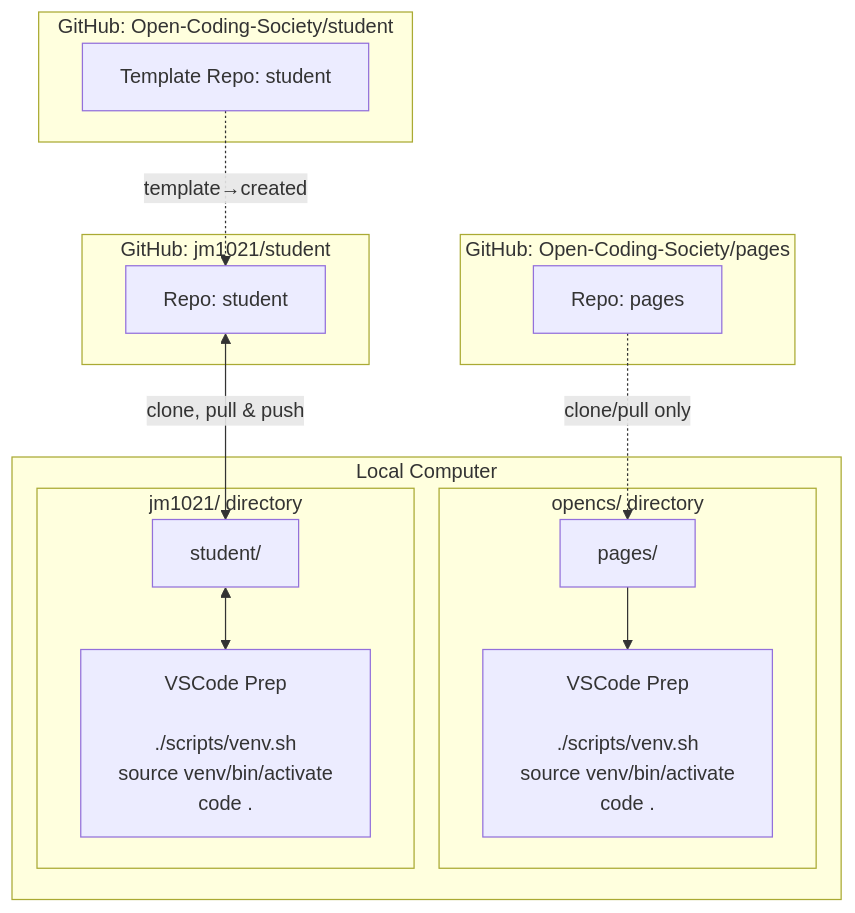
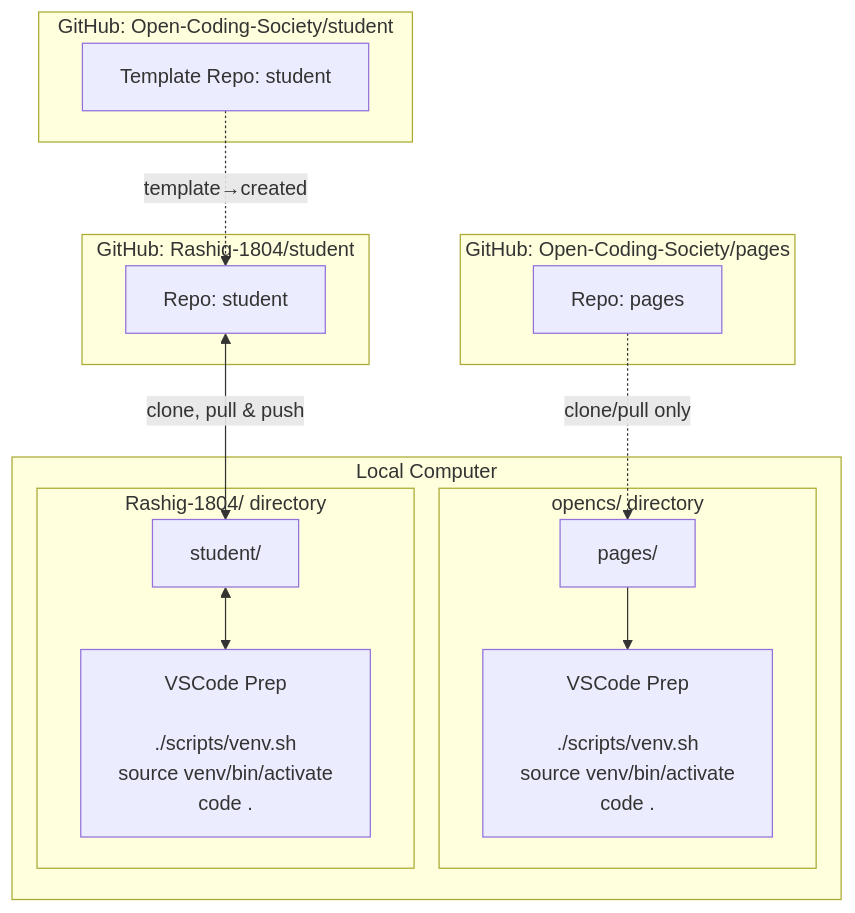
Before and after one commit to Rashig-1804/student: the diagram in _posts/Foundation/B-tools_and_equipment/2025-11-21-toolsjourney.md, drawn with Mermaid.

Commit message:
added to blog

````diff
--- a/_posts/Foundation/B-tools_and_equipment/2025-11-21-toolsjourney.md
+++ b/_posts/Foundation/B-tools_and_equipment/2025-11-21-toolsjourney.md
@@ -20,39 +20,39 @@
 ```mermaid
 flowchart TD
     %% GitHub Sources
     subgraph GitHub_Pages[GitHub: Open-Coding-Society/pages]
         A[Repo: pages]:::repo
     end
 
     subgraph GitHub_Template[GitHub: Open-Coding-Society/student]
         T[Template Repo: student]:::repo
     end
 
-    subgraph GitHub_Student[GitHub: jm1021/student]
+    subgraph GitHub_Student[GitHub: Rashig-1804/student]
         B[Repo: student]:::repo
     end
 
     %% Local Computer
     subgraph Local[Local Computer]
         subgraph opencs_dir[opencs/ directory]
             C[pages/]:::local
             Ccmd[VSCode Prep<br/><br/>./scripts/venv.sh<br/>source venv/bin/activate<br/>code .]:::cmd
         end
-        subgraph user_dir[jm1021/ directory]
+        subgraph user_dir[Rashig-1804/ directory]
             D[student/]:::local
             Dcmd[VSCode Prep<br/><br/>./scripts/venv.sh<br/>source venv/bin/activate<br/>code .]:::cmd
         end
     end
 
     %% Arrows: cloning
     A -.->|clone/pull only| C
     B <--> |clone, pull & push| D
 
     %% Arrows: template relationship
     T -.->|template→created| B
 
     %% Arrows: commands
     C --> Ccmd
     D <--> Dcmd
 
 ```
````
